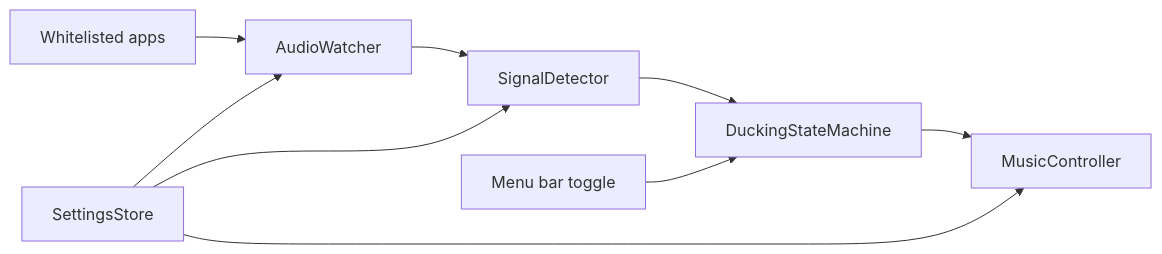
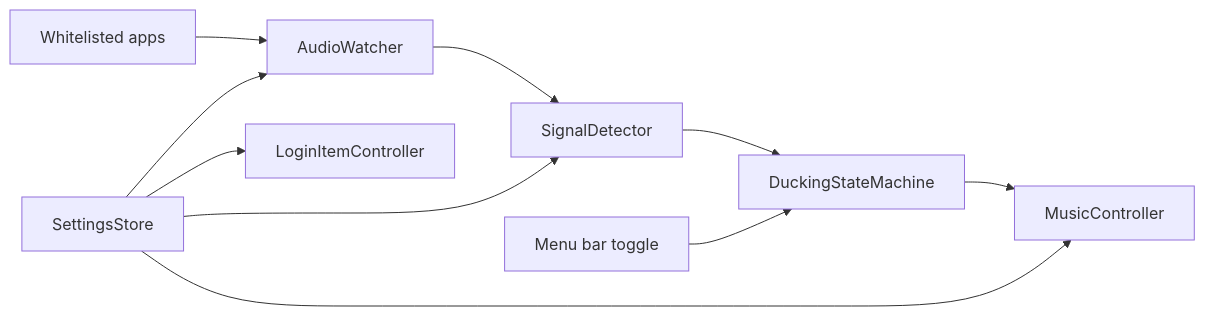
Before and after one commit to mattwong05/FlowSound: the diagram in ARCHITECTURE.md, drawn with Mermaid. The commit also changed other lines of this file and 14 other files, not shown here.

````diff
--- a/ARCHITECTURE.md
+++ b/ARCHITECTURE.md
@@ -129,11 +142,12 @@
 ```mermaid
 flowchart LR
     Apps["Whitelisted apps"] --> AudioWatcher["AudioWatcher"]
     AudioWatcher --> SignalDetector["SignalDetector"]
     SignalDetector --> StateMachine["DuckingStateMachine"]
     StateMachine --> MusicController["MusicController"]
     Menu["Menu bar toggle"] --> StateMachine
     Settings["SettingsStore"] --> AudioWatcher
     Settings --> SignalDetector
     Settings --> MusicController
+    Settings --> LoginItem["LoginItemController"]
 ```
````
